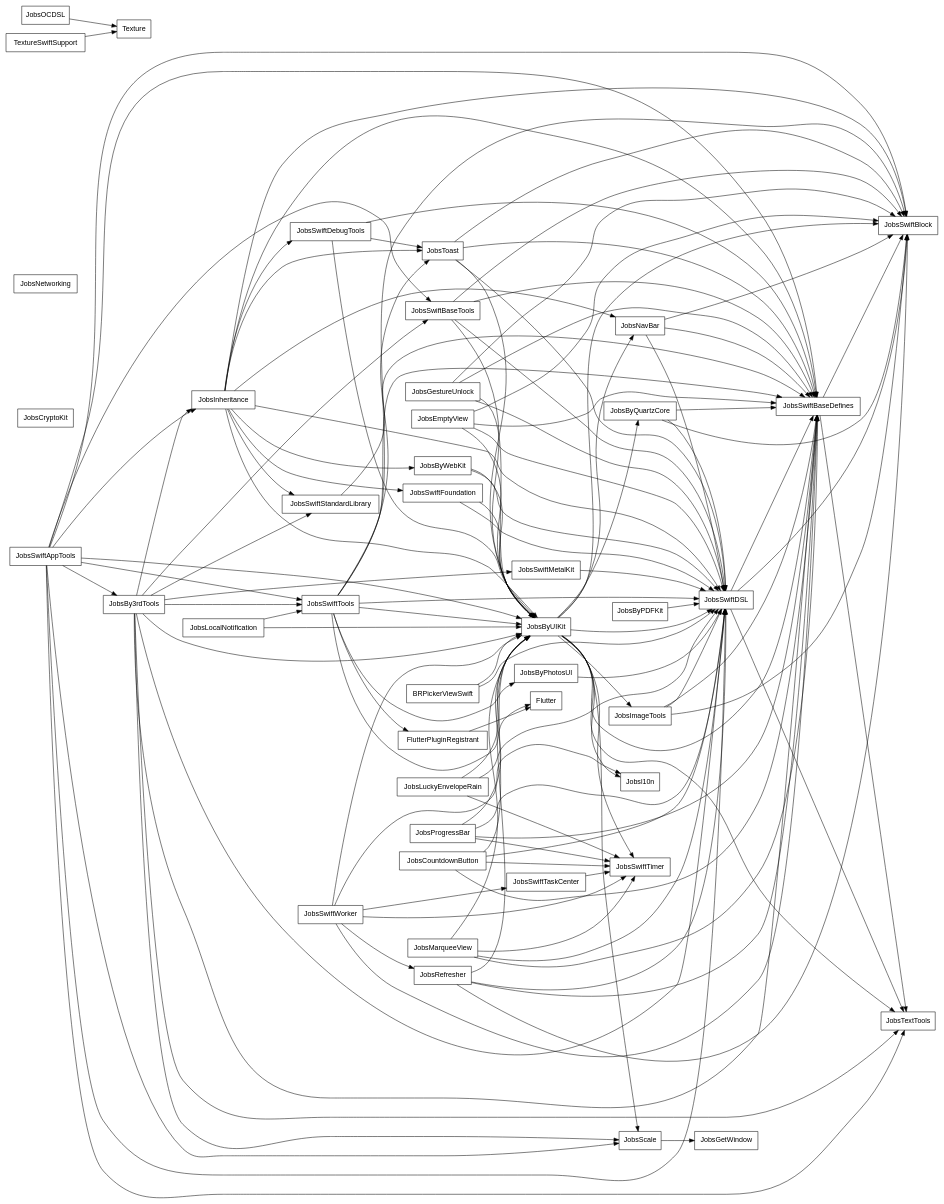
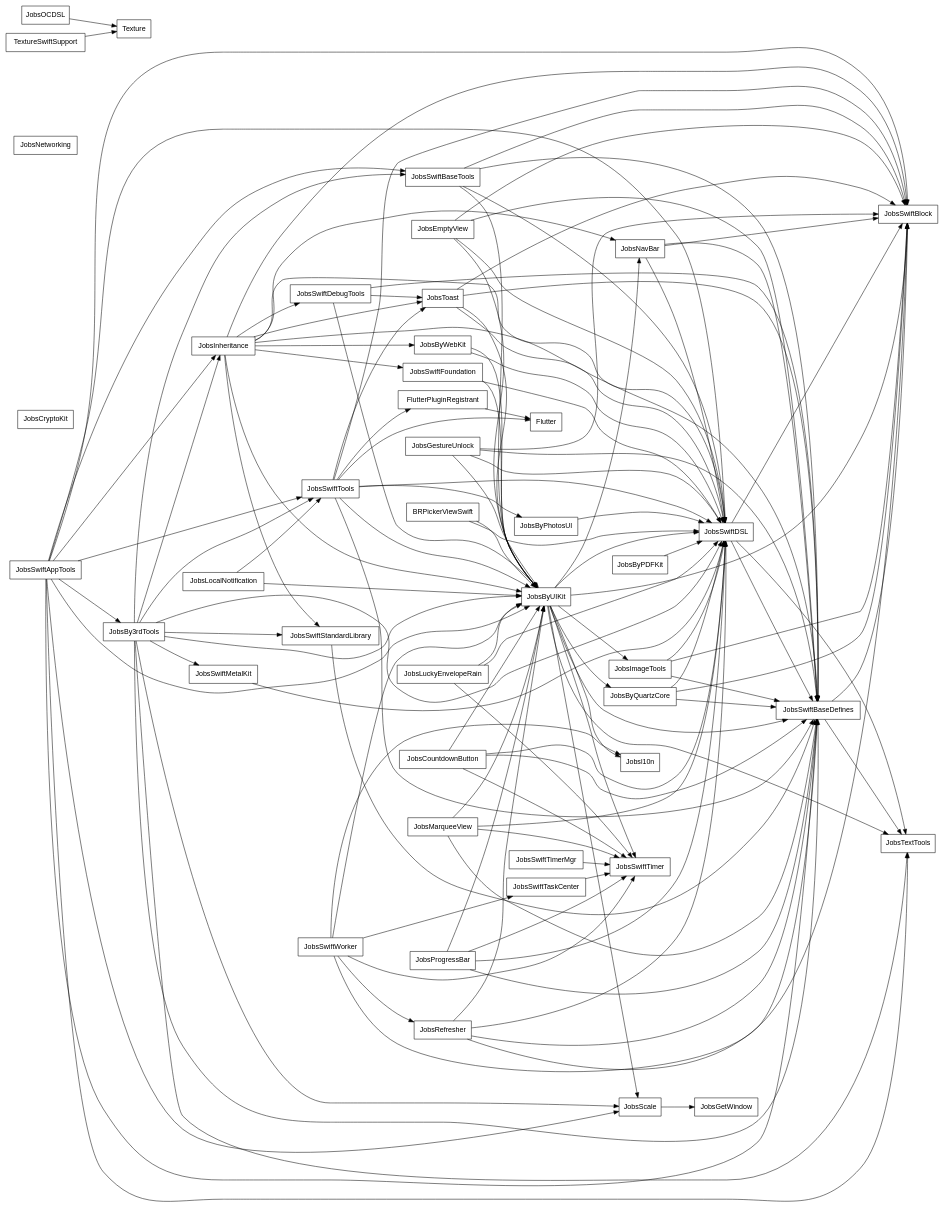
One commit to JobsKits/JobsSwiftBaseConfigDemo changed the diagram in PodspecDependencyReport/PodspecDependencies_internal.dot. Above: the diagram before and after it, drawn with Graphviz. The commit also changed 21 other files, not shown here.

```diff
--- a/PodspecDependencyReport/PodspecDependencies_internal.dot
+++ b/PodspecDependencyReport/PodspecDependencies_internal.dot
@@ -1,170 +1,172 @@
 digraph PodspecDependencies {
   rankdir=LR;
   node [shape=box, fontname="Helvetica"];
   "BRPickerViewSwift";
   "Flutter";
   "FlutterPluginRegistrant";
   "JobsBy3rdTools";
   "JobsByPDFKit";
   "JobsByPhotosUI";
   "JobsByQuartzCore";
   "JobsByUIKit";
   "JobsByWebKit";
   "JobsCountdownButton";
   "JobsCryptoKit";
   "JobsEmptyView";
   "JobsGestureUnlock";
   "JobsGetWindow";
   "JobsImageTools";
   "JobsInheritance";
   "JobsLocalNotification";
   "JobsLuckyEnvelopeRain";
   "JobsMarqueeView";
   "JobsNavBar";
   "JobsNetworking";
   "JobsOCDSL";
   "JobsProgressBar";
   "JobsRefresher";
   "JobsScale";
   "JobsSwiftAppTools";
   "JobsSwiftBaseDefines";
   "JobsSwiftBaseTools";
   "JobsSwiftBlock";
   "JobsSwiftDSL";
   "JobsSwiftDebugTools";
   "JobsSwiftFoundation";
   "JobsSwiftMetalKit";
   "JobsSwiftStandardLibrary";
   "JobsSwiftTaskCenter";
   "JobsSwiftTimer";
+  "JobsSwiftTimerMgr";
   "JobsSwiftTools";
   "JobsSwiftWorker";
   "JobsTextTools";
   "JobsToast";
   "Jobsl10n";
   "Texture";
   "TextureSwiftSupport";
   "BRPickerViewSwift" -> "JobsByUIKit";
   "BRPickerViewSwift" -> "JobsSwiftDSL";
   "FlutterPluginRegistrant" -> "Flutter";
   "JobsBy3rdTools" -> "JobsByUIKit";
   "JobsBy3rdTools" -> "JobsInheritance";
   "JobsBy3rdTools" -> "JobsScale";
   "JobsBy3rdTools" -> "JobsSwiftBaseDefines";
   "JobsBy3rdTools" -> "JobsSwiftBaseTools";
   "JobsBy3rdTools" -> "JobsSwiftDSL";
   "JobsBy3rdTools" -> "JobsSwiftMetalKit";
   "JobsBy3rdTools" -> "JobsSwiftStandardLibrary";
   "JobsBy3rdTools" -> "JobsSwiftTools";
   "JobsBy3rdTools" -> "JobsTextTools";
   "JobsByPDFKit" -> "JobsSwiftDSL";
   "JobsByPhotosUI" -> "JobsSwiftDSL";
   "JobsByQuartzCore" -> "JobsSwiftBaseDefines";
   "JobsByQuartzCore" -> "JobsSwiftBlock";
   "JobsByQuartzCore" -> "JobsSwiftDSL";
   "JobsByUIKit" -> "JobsByQuartzCore";
   "JobsByUIKit" -> "JobsImageTools";
   "JobsByUIKit" -> "JobsNavBar";
   "JobsByUIKit" -> "JobsScale";
   "JobsByUIKit" -> "JobsSwiftBaseDefines";
   "JobsByUIKit" -> "JobsSwiftBlock";
   "JobsByUIKit" -> "JobsSwiftDSL";
   "JobsByUIKit" -> "JobsSwiftTimer";
   "JobsByUIKit" -> "JobsTextTools";
   "JobsByUIKit" -> "Jobsl10n";
   "JobsByWebKit" -> "JobsByUIKit";
   "JobsByWebKit" -> "JobsSwiftDSL";
   "JobsCountdownButton" -> "JobsByUIKit";
   "JobsCountdownButton" -> "JobsSwiftBaseDefines";
   "JobsCountdownButton" -> "JobsSwiftDSL";
   "JobsCountdownButton" -> "JobsSwiftTimer";
   "JobsEmptyView" -> "JobsByUIKit";
   "JobsEmptyView" -> "JobsSwiftBaseDefines";
   "JobsEmptyView" -> "JobsSwiftBlock";
   "JobsEmptyView" -> "JobsSwiftDSL";
   "JobsGestureUnlock" -> "JobsByUIKit";
   "JobsGestureUnlock" -> "JobsSwiftBaseDefines";
   "JobsGestureUnlock" -> "JobsSwiftBlock";
   "JobsGestureUnlock" -> "JobsSwiftDSL";
   "JobsImageTools" -> "JobsSwiftBaseDefines";
   "JobsImageTools" -> "JobsSwiftBlock";
   "JobsImageTools" -> "JobsSwiftDSL";
   "JobsInheritance" -> "JobsByUIKit";
   "JobsInheritance" -> "JobsByWebKit";
   "JobsInheritance" -> "JobsNavBar";
   "JobsInheritance" -> "JobsSwiftBaseDefines";
   "JobsInheritance" -> "JobsSwiftBlock";
   "JobsInheritance" -> "JobsSwiftDSL";
   "JobsInheritance" -> "JobsSwiftDebugTools";
   "JobsInheritance" -> "JobsSwiftFoundation";
   "JobsInheritance" -> "JobsSwiftStandardLibrary";
   "JobsInheritance" -> "JobsToast";
   "JobsLocalNotification" -> "JobsByUIKit";
   "JobsLocalNotification" -> "JobsSwiftTools";
   "JobsLuckyEnvelopeRain" -> "JobsByUIKit";
   "JobsLuckyEnvelopeRain" -> "JobsSwiftDSL";
   "JobsLuckyEnvelopeRain" -> "JobsSwiftTimer";
   "JobsMarqueeView" -> "JobsByUIKit";
   "JobsMarqueeView" -> "JobsSwiftBaseDefines";
   "JobsMarqueeView" -> "JobsSwiftDSL";
   "JobsMarqueeView" -> "JobsSwiftTimer";
   "JobsNavBar" -> "JobsSwiftBaseDefines";
   "JobsNavBar" -> "JobsSwiftBlock";
   "JobsNavBar" -> "JobsSwiftDSL";
   "JobsOCDSL" -> "Texture";
   "JobsProgressBar" -> "JobsByUIKit";
   "JobsProgressBar" -> "JobsSwiftBaseDefines";
   "JobsProgressBar" -> "JobsSwiftDSL";
   "JobsProgressBar" -> "JobsSwiftTimer";
   "JobsRefresher" -> "JobsByUIKit";
   "JobsRefresher" -> "JobsSwiftBaseDefines";
   "JobsRefresher" -> "JobsSwiftBlock";
   "JobsRefresher" -> "JobsSwiftDSL";
   "JobsScale" -> "JobsGetWindow";
   "JobsSwiftAppTools" -> "JobsBy3rdTools";
   "JobsSwiftAppTools" -> "JobsByUIKit";
   "JobsSwiftAppTools" -> "JobsInheritance";
   "JobsSwiftAppTools" -> "JobsScale";
   "JobsSwiftAppTools" -> "JobsSwiftBaseDefines";
   "JobsSwiftAppTools" -> "JobsSwiftBaseTools";
   "JobsSwiftAppTools" -> "JobsSwiftBlock";
   "JobsSwiftAppTools" -> "JobsSwiftDSL";
   "JobsSwiftAppTools" -> "JobsSwiftTools";
   "JobsSwiftAppTools" -> "JobsTextTools";
   "JobsSwiftBaseDefines" -> "JobsSwiftBlock";
   "JobsSwiftBaseDefines" -> "JobsTextTools";
   "JobsSwiftBaseTools" -> "JobsByUIKit";
   "JobsSwiftBaseTools" -> "JobsSwiftBaseDefines";
   "JobsSwiftBaseTools" -> "JobsSwiftBlock";
   "JobsSwiftBaseTools" -> "JobsSwiftDSL";
   "JobsSwiftDSL" -> "JobsSwiftBaseDefines";
   "JobsSwiftDSL" -> "JobsSwiftBlock";
   "JobsSwiftDSL" -> "JobsTextTools";
   "JobsSwiftDebugTools" -> "JobsByUIKit";
   "JobsSwiftDebugTools" -> "JobsSwiftBaseDefines";
   "JobsSwiftDebugTools" -> "JobsToast";
   "JobsSwiftFoundation" -> "JobsByUIKit";
   "JobsSwiftFoundation" -> "JobsSwiftDSL";
   "JobsSwiftMetalKit" -> "JobsSwiftDSL";
   "JobsSwiftStandardLibrary" -> "JobsSwiftBaseDefines";
   "JobsSwiftTaskCenter" -> "JobsSwiftTimer";
+  "JobsSwiftTimerMgr" -> "JobsSwiftTimer";
   "JobsSwiftTools" -> "Flutter";
   "JobsSwiftTools" -> "FlutterPluginRegistrant";
   "JobsSwiftTools" -> "JobsByPhotosUI";
   "JobsSwiftTools" -> "JobsByUIKit";
   "JobsSwiftTools" -> "JobsSwiftBaseDefines";
   "JobsSwiftTools" -> "JobsSwiftBlock";
   "JobsSwiftTools" -> "JobsSwiftDSL";
   "JobsSwiftTools" -> "JobsToast";
   "JobsSwiftWorker" -> "JobsByUIKit";
   "JobsSwiftWorker" -> "JobsRefresher";
   "JobsSwiftWorker" -> "JobsSwiftBaseDefines";
   "JobsSwiftWorker" -> "JobsSwiftTaskCenter";
   "JobsSwiftWorker" -> "JobsSwiftTimer";
   "JobsSwiftWorker" -> "Jobsl10n";
   "JobsToast" -> "JobsByUIKit";
   "JobsToast" -> "JobsSwiftBaseDefines";
   "JobsToast" -> "JobsSwiftBlock";
   "JobsToast" -> "JobsSwiftDSL";
   "TextureSwiftSupport" -> "Texture";
 }
```
